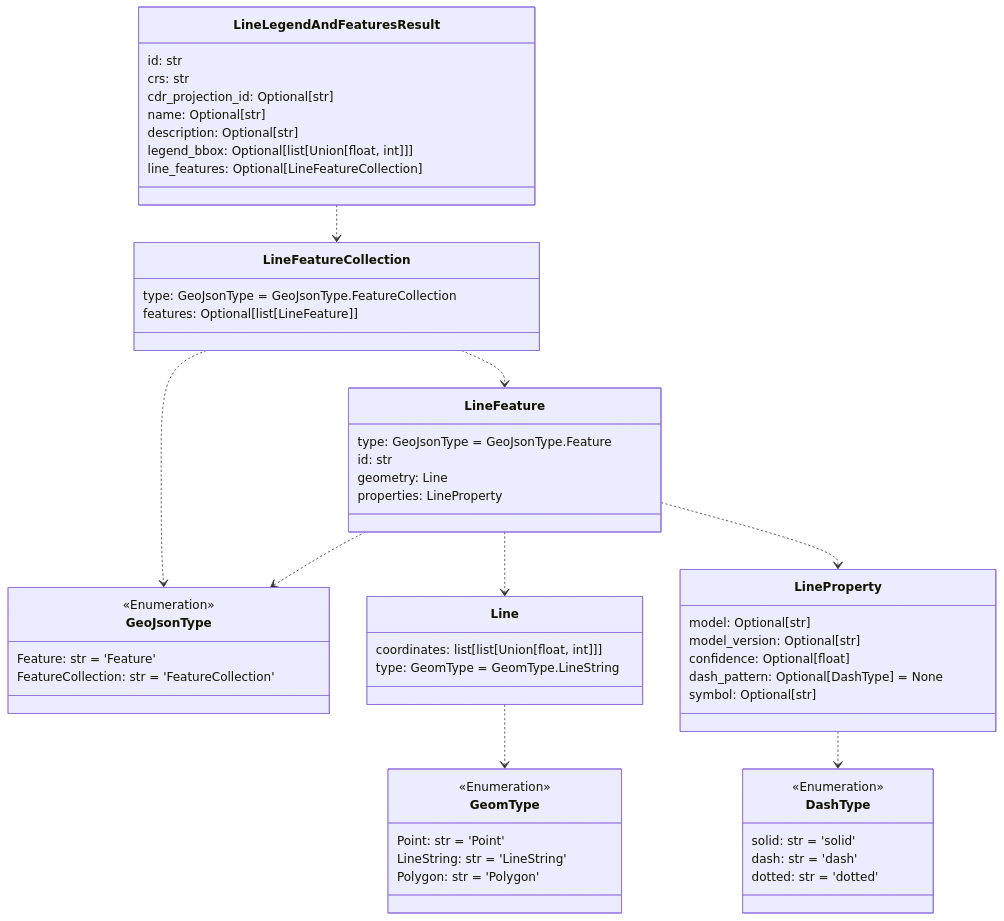
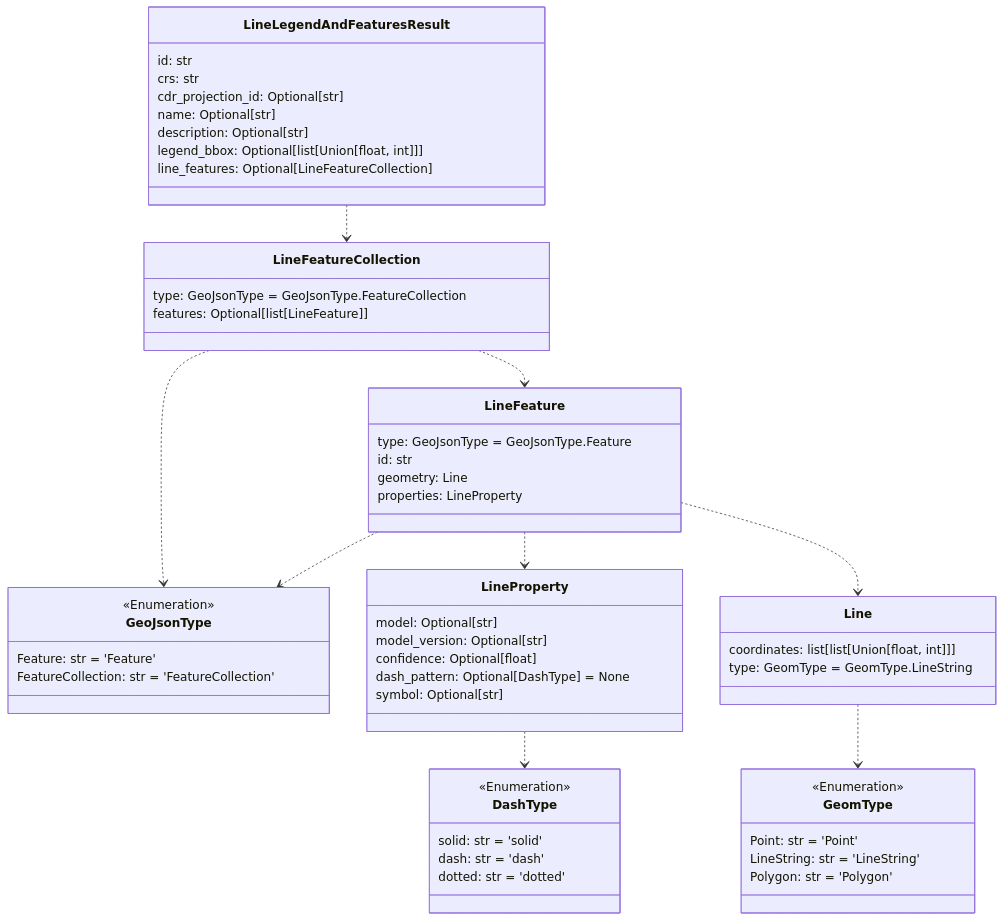
The sixth of 12 diagrams in README.md (DARPA-CRITICALMAAS/cdr_schemas), drawn with Mermaid before and after one commit. The commit also changed other lines of this file and 2 other files, not shown here.

````diff
--- a/README.md
+++ b/README.md
@@ -411,69 +411,69 @@
 ```mermaid
 classDiagram
 
-    class LineFeature {
-        type: GeoJsonType = GeoJsonType.Feature
-        id: str
-        geometry: Line
-        properties: LineProperty
+    class LineFeatureCollection {
+        type: GeoJsonType = GeoJsonType.FeatureCollection
+        features: Optional[list[LineFeature]]
     }
 
-    class LineProperty {
-        model: Optional[str]
-        model_version: Optional[str]
-        confidence: Optional[float]
-        dash_pattern: Optional[DashType] = None
-        symbol: Optional[str]
+    class GeomType {
+        <<Enumeration>>
+        Point: str = 'Point'
+        LineString: str = 'LineString'
+        Polygon: str = 'Polygon'
     }
 
-    class DashType {
-        <<Enumeration>>
-        solid: str = 'solid'
-        dash: str = 'dash'
-        dotted: str = 'dotted'
+    class Line {
+        coordinates: list[list[Union[float, int]]]
+        type: GeomType = GeomType.LineString
     }
 
     class LineLegendAndFeaturesResult {
         id: str
         crs: str
         cdr_projection_id: Optional[str]
         name: Optional[str]
         description: Optional[str]
         legend_bbox: Optional[list[Union[float, int]]]
         line_features: Optional[LineFeatureCollection]
     }
 
     class GeoJsonType {
         <<Enumeration>>
         Feature: str = 'Feature'
         FeatureCollection: str = 'FeatureCollection'
     }
 
-    class LineFeatureCollection {
-        type: GeoJsonType = GeoJsonType.FeatureCollection
-        features: Optional[list[LineFeature]]
+    class DashType {
+        <<Enumeration>>
+        solid: str = 'solid'
+        dash: str = 'dash'
+        dotted: str = 'dotted'
     }
 
-    class GeomType {
-        <<Enumeration>>
-        Point: str = 'Point'
-        LineString: str = 'LineString'
-        Polygon: str = 'Polygon'
+    class LineProperty {
+        model: Optional[str]
+        model_version: Optional[str]
+        confidence: Optional[float]
+        dash_pattern: Optional[DashType] = None
+        symbol: Optional[str]
     }
 
-    class Line {
-        coordinates: list[list[Union[float, int]]]
-        type: GeomType = GeomType.LineString
+    class LineFeature {
+        type: GeoJsonType = GeoJsonType.Feature
+        id: str
+        geometry: Line
+        properties: LineProperty
     }
 
     Line ..> GeomType
     LineProperty ..> DashType
     LineFeature ..> GeoJsonType
+    LineFeature ..> LineProperty
     LineFeature ..> Line
-    LineFeature ..> LineProperty
     LineFeatureCollection ..> GeoJsonType
     LineFeatureCollection ..> LineFeature
     LineLegendAndFeaturesResult ..> LineFeatureCollection
 
 
 ```
````
